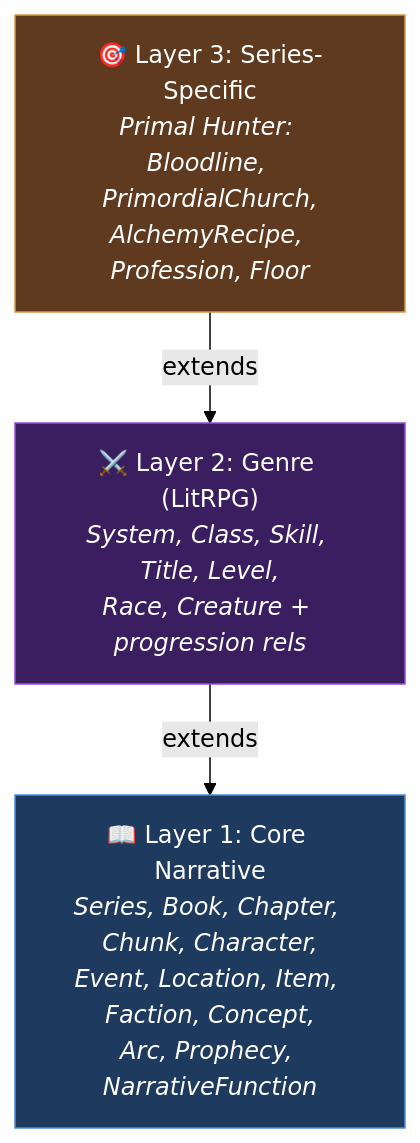
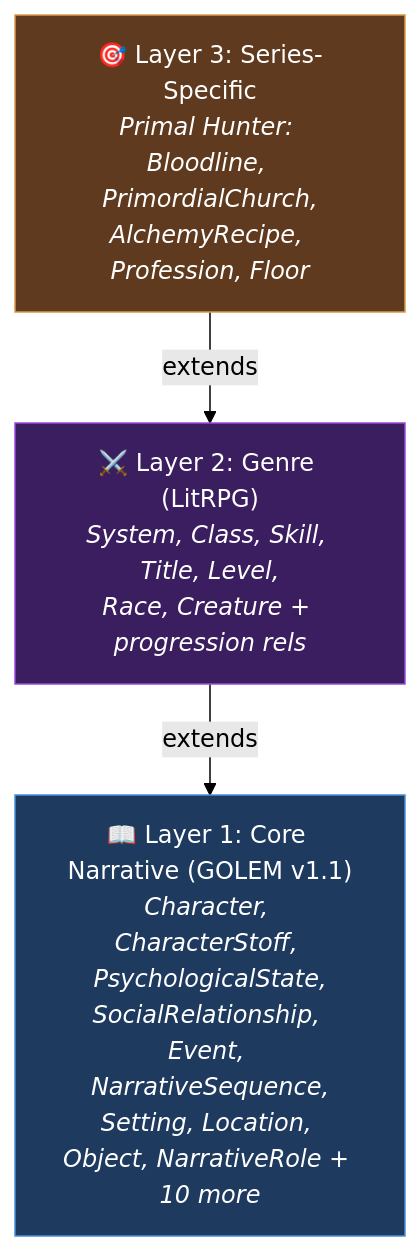
Before and after one commit to xairon/WorldRAG: the second of 2 diagrams in docs/ontology.md, drawn with Mermaid (forest theme). The commit also changed other lines of this file and 9 other files, not shown here.

````diff
--- a/docs/ontology.md
+++ b/docs/ontology.md
@@ -99,13 +99,13 @@
 ```mermaid
 graph TB
     L3["🎯 Layer 3: Series-Specific<br/><i>Primal Hunter: Bloodline, PrimordialChurch,<br/>AlchemyRecipe, Profession, Floor</i>"]
     L2["⚔️ Layer 2: Genre (LitRPG)<br/><i>System, Class, Skill, Title, Level,<br/>Race, Creature + progression rels</i>"]
-    L1["📖 Layer 1: Core Narrative<br/><i>Series, Book, Chapter, Chunk, Character,<br/>Event, Location, Item, Faction, Concept,<br/>Arc, Prophecy, NarrativeFunction</i>"]
+    L1["📖 Layer 1: Core Narrative (GOLEM v1.1)<br/><i>Character, CharacterStoff, PsychologicalState,<br/>SocialRelationship, Event, NarrativeSequence,<br/>Setting, Location, Object, NarrativeRole + 10 more</i>"]
 
     L3 --> |extends| L2
     L2 --> |extends| L1
 
     style L3 fill:#5f3a1e,stroke:#d99a4a,color:#fff
     style L2 fill:#3a1e5f,stroke:#9a4ad9,color:#fff
     style L1 fill:#1e3a5f,stroke:#4a90d9,color:#fff
 ```
````
